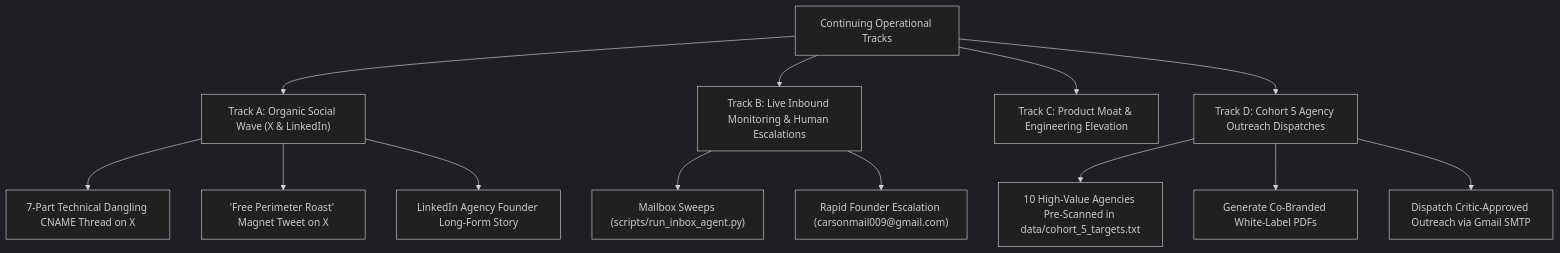
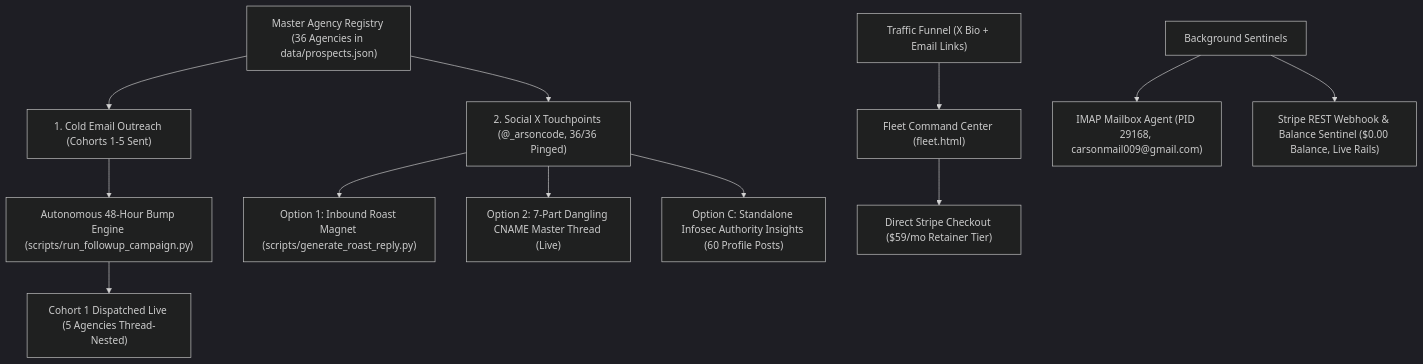
Before and after one commit to CmfH009/Orbit-Security: the diagram in handoff.md, drawn with Mermaid (dark theme). The commit also changed other lines of this file, not shown here.

Commit message:
docs: update master operational handoff with social launch milestones

````diff
--- a/handoff.md
+++ b/handoff.md
@@ -97,18 +20,18 @@
 ```mermaid
 flowchart TD
-    M["Continuing Operational Tracks"] --> A["Track A: Organic Social Wave (X & LinkedIn)"]
-    M --> B["Track B: Live Inbound Monitoring & Human Escalations"]
-    M --> C["Track C: Product Moat & Engineering Elevation"]
-    M --> D["Track D: Cohort 5 Agency Outreach Dispatches"]
+    A["Master Agency Registry (36 Agencies in data/prospects.json)"] --> B["1. Cold Email Outreach (Cohorts 1-5 Sent)"]
+    A --> C["2. Social X Touchpoints (@_arsoncode, 36/36 Pinged)"]
     
-    A --> A1["7-Part Technical Dangling CNAME Thread on X"]
-    A --> A2["'Free Perimeter Roast' Magnet Tweet on X"]
-    A --> A3["LinkedIn Agency Founder Long-Form Story"]
+    B --> D["Autonomous 48-Hour Bump Engine (scripts/run_followup_campaign.py)"]
+    D --> E["Cohort 1 Dispatched Live (5 Agencies Thread-Nested)"]
     
-    B --> B1["Mailbox Sweeps (scripts/run_inbox_agent.py)"]
-    B --> B2["Rapid Founder Escalation (carsonmail009@gmail.com)"]
+    C --> F["Option 1: Inbound Roast Magnet (scripts/generate_roast_reply.py)"]
+    C --> G["Option 2: 7-Part Dangling CNAME Master Thread (Live)"]
+    C --> H["Option C: Standalone Infosec Authority Insights (60 Profile Posts)"]
     
-    D --> D1["10 High-Value Agencies Pre-Scanned in data/cohort_5_targets.txt"]
-    D --> D2["Generate Co-Branded White-Label PDFs"]
-    D --> D3["Dispatch Critic-Approved Outreach via Gmail SMTP"]
+    I["Traffic Funnel (X Bio + Email Links)"] --> J["Fleet Command Center (fleet.html)"]
+    J --> K["Direct Stripe Checkout ($59/mo Retainer Tier)"]
+    
+    L["Background Sentinels"] --> M["IMAP Mailbox Agent (PID 29168, carsonmail009@gmail.com)"]
+    L --> N["Stripe REST Webhook & Balance Sentinel ($0.00 Balance, Live Rails)"]
 ```
````
